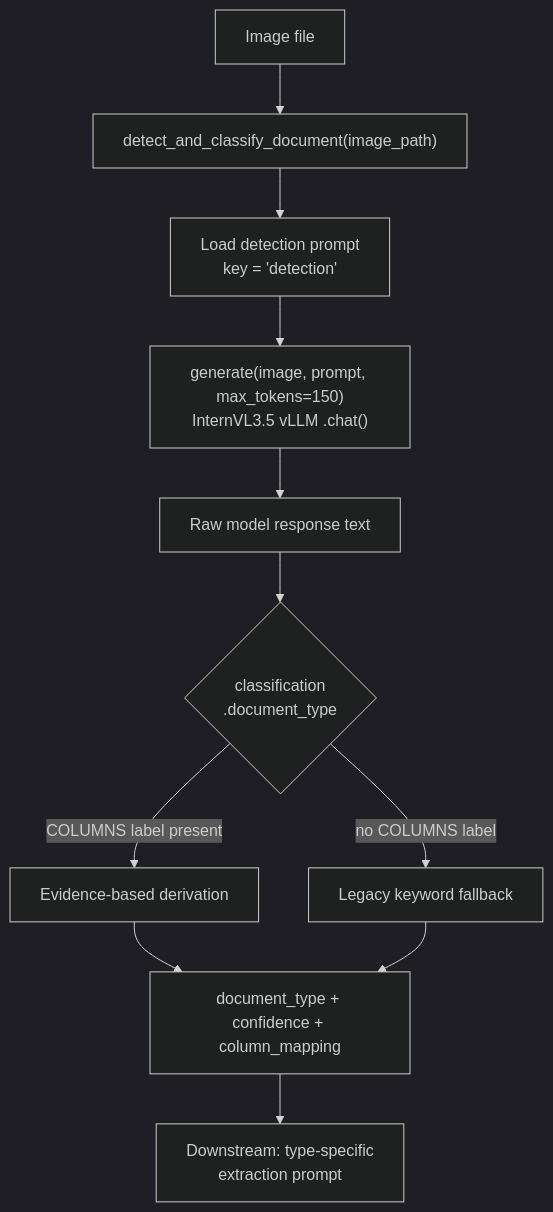
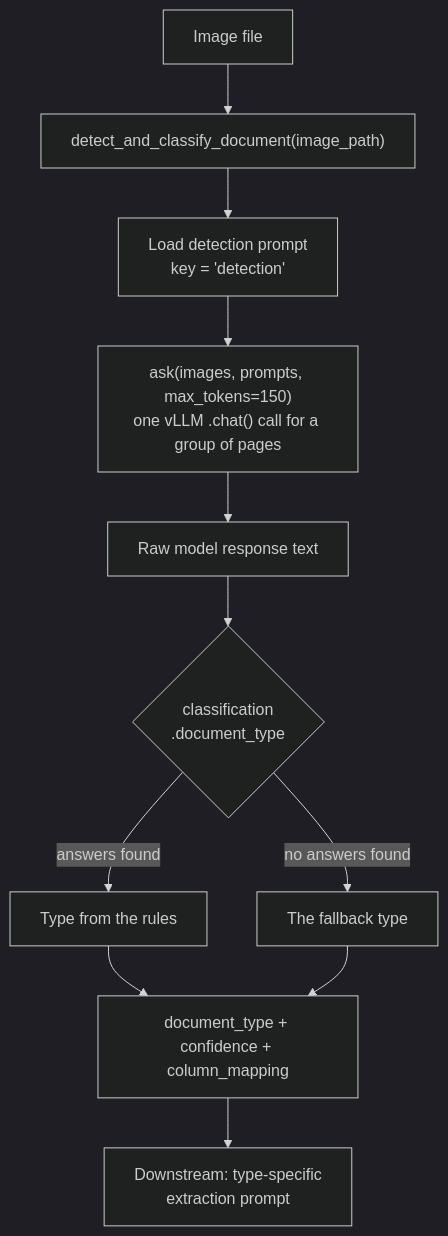
The first of 3 diagrams in docs/document_classification.md (tmnestor/Doc_Extraction_Pipeline), drawn with Mermaid (dark theme) before and after one commit. The commit also changed other lines of this file and 4 other files, not shown here.

First line of the commit message:
🔥 remove: the word-based reading of a classification reply, and two prompts nothing sent

````diff
--- a/docs/document_classification.md
+++ b/docs/document_classification.md
@@ -56,13 +56,13 @@
 ```mermaid
 flowchart TD
     A[Image file] --> B["detect_and_classify_document(image_path)"]
     B --> C[Load detection prompt<br/>key = 'detection']
-    C --> D["generate(image, prompt, max_tokens=150)<br/>InternVL3.5 vLLM .chat()"]
+    C --> D["ask(images, prompts, max_tokens=150)<br/>one vLLM .chat() call for a group of pages"]
     D --> E[Raw model response text]
     E --> F{classification<br/>.document_type}
-    F -->|COLUMNS label present| G[Evidence-based derivation]
-    F -->|no COLUMNS label| H[Legacy keyword fallback]
+    F -->|answers found| G[Type from the rules]
+    F -->|no answers found| H[The fallback type]
     G --> I[document_type + confidence + column_mapping]
     H --> I
     I --> J[Downstream: type-specific<br/>extraction prompt]
 ```
````
